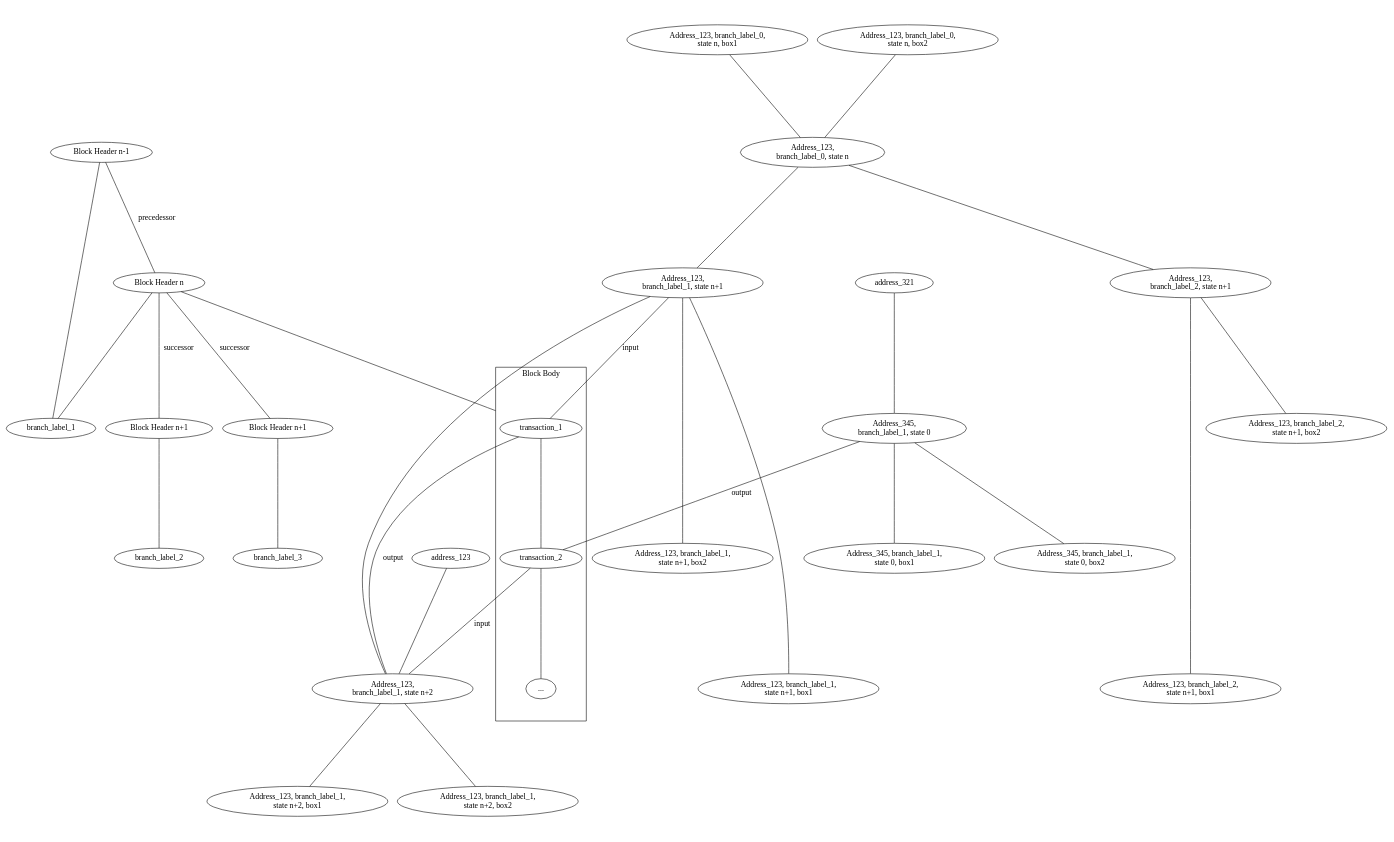
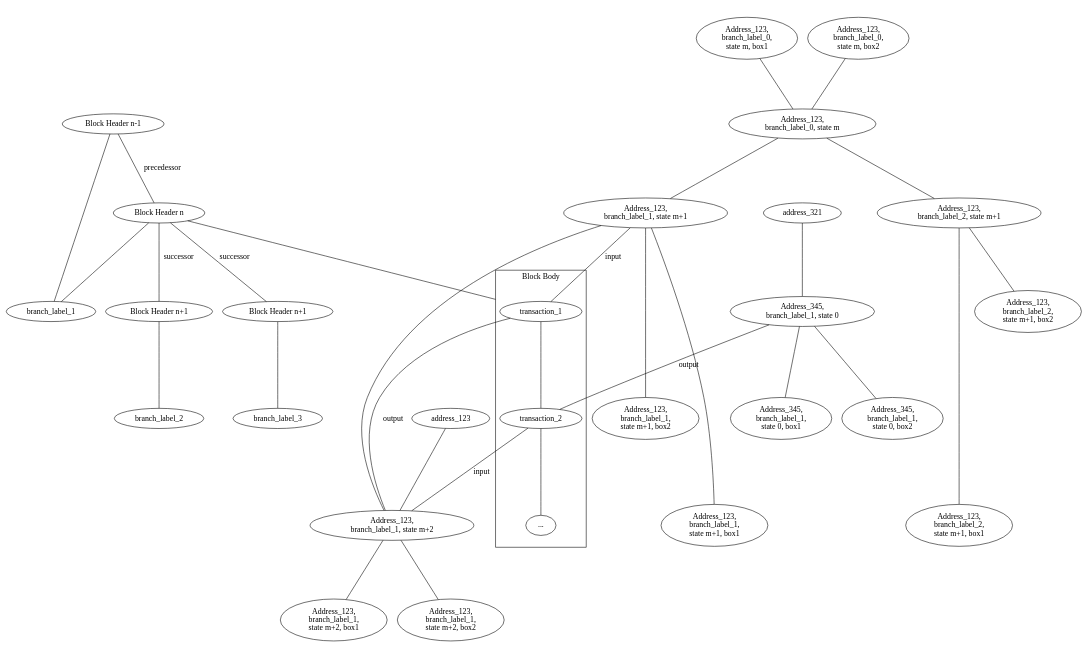
The diagram in genus_block_data_model.dot (mgrand-topl/PlantUML_Sandbox), drawn with Graphviz before and after one commit.

Commit message:
rounder address states

```diff
--- a/genus_block_data_model.dot
+++ b/genus_block_data_model.dot
@@ -1,32 +1,32 @@
 graph g {
   ratio= 0.6;
   compound=true;
   "Block Header n" [label="Block Header n"]
   "Block Header n-1" -- branch_label_1
   "Block Header n-1" -- "Block Header n" [label = "precedessor"];
   "Block Header n" -- "Block Header n+1" [label = "successor"]
   "Block Header n" -- "Block Header n+1 " [label = "successor"]
   "Block Header n" -- branch_label_1
   "Block Header n" -- transaction_1 [lhead=cluster0]
   "Block Header n+1" -- branch_label_2
   "Block Header n+1 " -- branch_label_3
 
   subgraph cluster0 {
     label = "Block Body"
     transaction_1 -- transaction_2 -- "...";
   }
-  {"Address_123, branch_label_0,\nstate n, box1" "Address_123, branch_label_0,\nstate n, box2"} -- "Address_123,\nbranch_label_0, state n"
-  "Address_123,\nbranch_label_0, state n" --  {"Address_123,\nbranch_label_1, state n+1" "Address_123,\nbranch_label_2, state n+1"}
-  "Address_123,\nbranch_label_1, state n+1" -- "Address_123, branch_label_1,\nstate n+1, box1" [minlen="3"]
-  "Address_123,\nbranch_label_1, state n+1" -- "Address_123, branch_label_1,\nstate n+1, box2" [minlen="2"]
-  "Address_123,\nbranch_label_2, state n+1" -- "Address_123, branch_label_2,\nstate n+1, box1" [minlen="3"]
-  "Address_123,\nbranch_label_2, state n+1" -- "Address_123, branch_label_2,\nstate n+1, box2"
-  "Address_123,\nbranch_label_1, state n+1" -- transaction_1 [label="input"]
-  "Address_123,\nbranch_label_1, state n+1" -- "Address_123,\nbranch_label_1, state n+2" -- {"Address_123, branch_label_1,\nstate n+2, box1" "Address_123, branch_label_1,\nstate n+2, box2"}
-  transaction_1 -- "Address_123,\nbranch_label_1, state n+2" [label = "output"]
-  transaction_2 -- "Address_123,\nbranch_label_1, state n+2" [label="input"]
-  address_123 -- "Address_123,\nbranch_label_1, state n+2"
+  {"Address_123,\nbranch_label_0,\nstate m, box1" "Address_123,\nbranch_label_0,\nstate m, box2"} -- "Address_123,\nbranch_label_0, state m"
+  "Address_123,\nbranch_label_0, state m" --  {"Address_123,\nbranch_label_1, state m+1" "Address_123,\nbranch_label_2, state m+1"}
+  "Address_123,\nbranch_label_1, state m+1" -- "Address_123,\nbranch_label_1,\nstate m+1, box1" [minlen="3"]
+  "Address_123,\nbranch_label_1, state m+1" -- "Address_123,\nbranch_label_1,\nstate m+1, box2" [minlen="2"]
+  "Address_123,\nbranch_label_2, state m+1" -- "Address_123,\nbranch_label_2,\nstate m+1, box1" [minlen="3"]
+  "Address_123,\nbranch_label_2, state m+1" -- "Address_123,\nbranch_label_2,\nstate m+1, box2"
+  "Address_123,\nbranch_label_1, state m+1" -- transaction_1 [label="input"]
+  "Address_123,\nbranch_label_1, state m+1" -- "Address_123,\nbranch_label_1, state m+2" -- {"Address_123,\nbranch_label_1,\nstate m+2, box1" "Address_123,\nbranch_label_1,\nstate m+2, box2"}
+  transaction_1 -- "Address_123,\nbranch_label_1, state m+2" [label = "output"]
+  transaction_2 -- "Address_123,\nbranch_label_1, state m+2" [label="input"]
+  address_123 -- "Address_123,\nbranch_label_1, state m+2"
   "Address_345,\nbranch_label_1, state 0" -- transaction_2 [label="output"]
-  "Address_345,\nbranch_label_1, state 0" -- {"Address_345, branch_label_1,\nstate 0, box1" "Address_345, branch_label_1,\nstate 0, box2"}
+  "Address_345,\nbranch_label_1, state 0" -- {"Address_345,\nbranch_label_1,\nstate 0, box1" "Address_345,\nbranch_label_1,\nstate 0, box2"}
   "address_321" -- "Address_345,\nbranch_label_1, state 0"
 }
```
